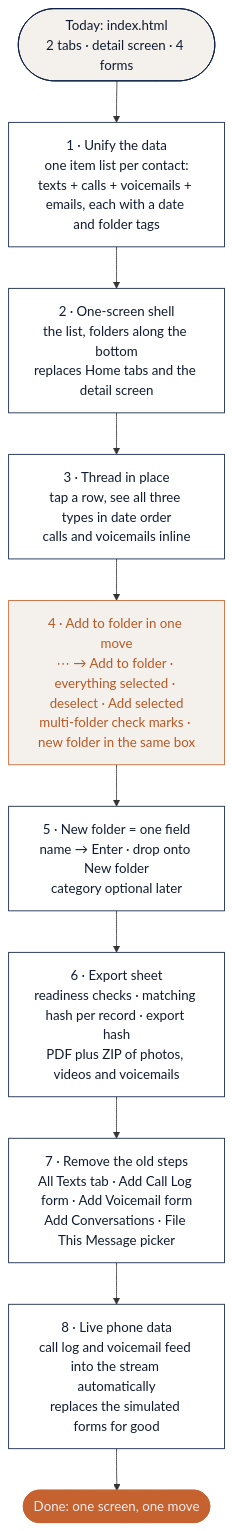
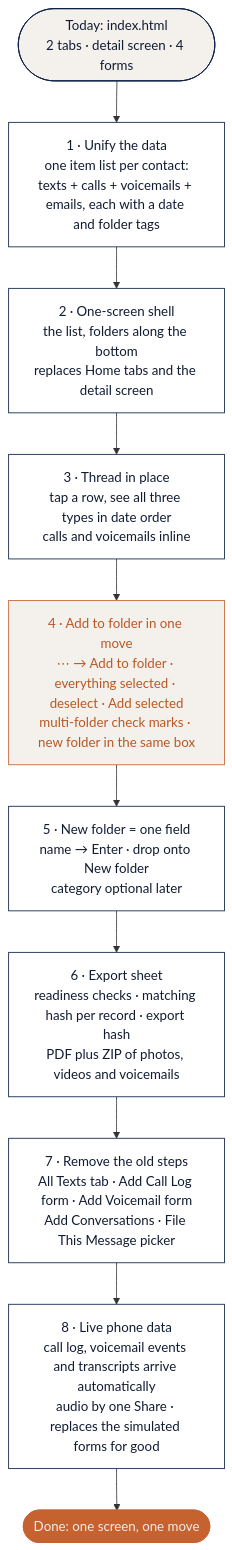
Before and after one commit to CoachCotner/Recalltext: the second of 2 diagrams in v2/PLAN.md, drawn with Mermaid. The commit also changed other lines of this file and 2 other files, not shown here.

First line of the commit message:
docs: voicemail — event and transcript arrive automatically, audio by one Share; correct earlier claim

````diff
--- a/v2/PLAN.md
+++ b/v2/PLAN.md
@@ -121,21 +121,21 @@
 ```mermaid
 flowchart TD
   A([Today: index.html<br/>2 tabs · detail screen · 4 forms]) --> B
   B[1 · Unify the data<br/>one item list per contact:<br/>texts + calls + voicemails + emails, each with a date and folder tags]
   B --> C[2 · One-screen shell<br/>the list, folders along the bottom<br/>replaces Home tabs and the detail screen]
   C --> D[3 · Thread in place<br/>tap a row, see all three types in date order<br/>calls and voicemails inline]
   D --> E[4 · Add to folder in one move<br/>⋯ → Add to folder · everything selected · deselect · Add selected<br/>multi-folder check marks · new folder in the same box]
   E --> F[5 · New folder = one field<br/>name → Enter · drop onto New folder<br/>category optional later]
   F --> J[6 · Export sheet<br/>readiness checks · matching hash per record · export hash<br/>PDF plus ZIP of photos, videos and voicemails]
   J --> K[7 · Remove the old steps<br/>All Texts tab · Add Call Log form · Add Voicemail form<br/>Add Conversations · File This Message picker]
-  K --> L[8 · Live phone data<br/>call log and voicemail feed into the stream automatically<br/>replaces the simulated forms for good]
+  K --> L[8 · Live phone data<br/>call log, voicemail events and transcripts arrive automatically<br/>audio by one Share · replaces the simulated forms for good]
   L --> M([Done: one screen, one move])
   classDef now fill:#F4F1EC,stroke:#071B42,color:#111C32
   classDef step fill:#FFFFFF,stroke:#071B42,color:#111C32
   classDef key fill:#F4F1EC,stroke:#C56230,color:#B95722
   classDef done fill:#C56230,stroke:#C56230,color:#EDEDED
   class A now
   class B,C,D,F,J,K,L step
   class E key
   class M done
 ```
````
